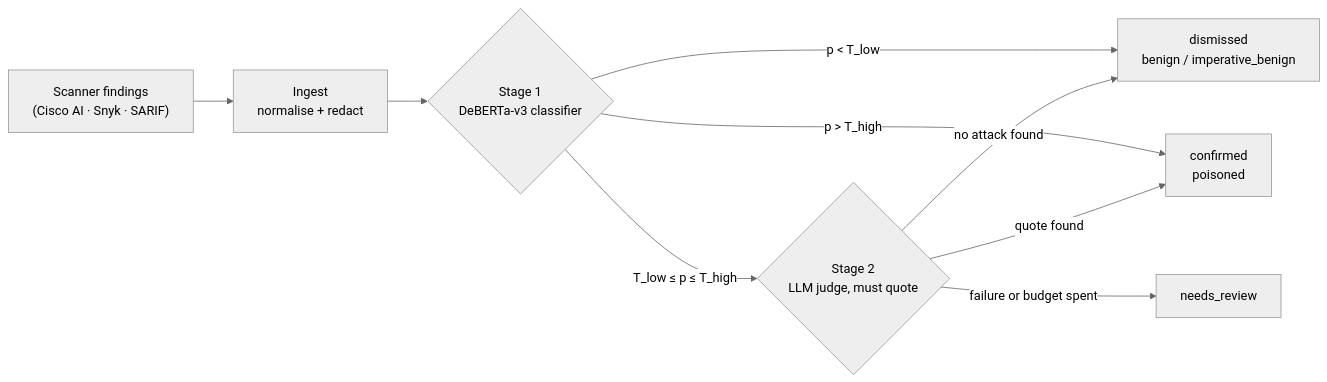
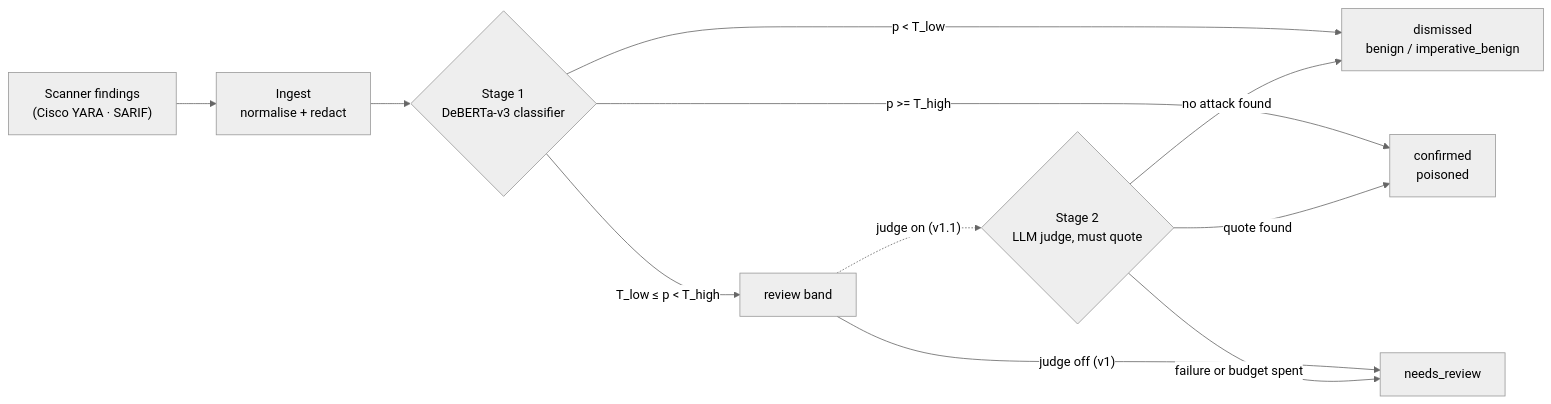
Before and after one commit to AdityaAg8/sieve: the first of 2 diagrams in README.md, drawn with Mermaid (neutral theme). The commit also changed other lines of this file and 38 other files, not shown here.

````diff
--- a/README.md
+++ b/README.md
@@ -146,11 +105,13 @@
 ```mermaid
 flowchart LR
-    A["Scanner findings<br/>(Cisco AI · Snyk · SARIF)"] --> B["Ingest<br/>normalise + redact"]
+    A["Scanner findings<br/>(Cisco YARA · SARIF)"] --> B["Ingest<br/>normalise + redact"]
     B --> C{"Stage 1<br/>DeBERTa-v3 classifier"}
     C -- "p &lt; T_low" --> D["dismissed<br/>benign / imperative_benign"]
-    C -- "p &gt; T_high" --> E["confirmed<br/>poisoned"]
-    C -- "T_low ≤ p ≤ T_high" --> F{"Stage 2<br/>LLM judge, must quote"}
-    F -- "quote found" --> E
-    F -- "no attack found" --> D
-    F -- "failure or budget spent" --> G["needs_review"]
+    C -- "p &gt;= T_high" --> E["confirmed<br/>poisoned"]
+    C -- "T_low ≤ p &lt; T_high" --> F["review band"]
+    F -- "judge off (v1)" --> G["needs_review"]
+    F -. "judge on (v1.1)" .-> H{"Stage 2<br/>LLM judge, must quote"}
+    H -- "quote found" --> E
+    H -- "no attack found" --> D
+    H -- "failure or budget spent" --> G
 ```
````
